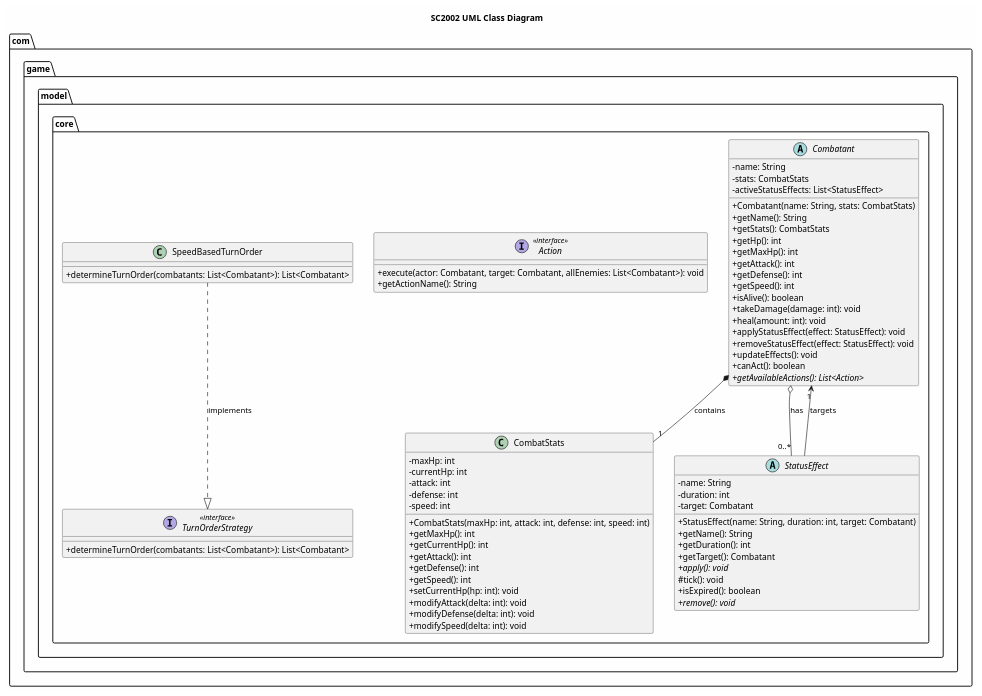
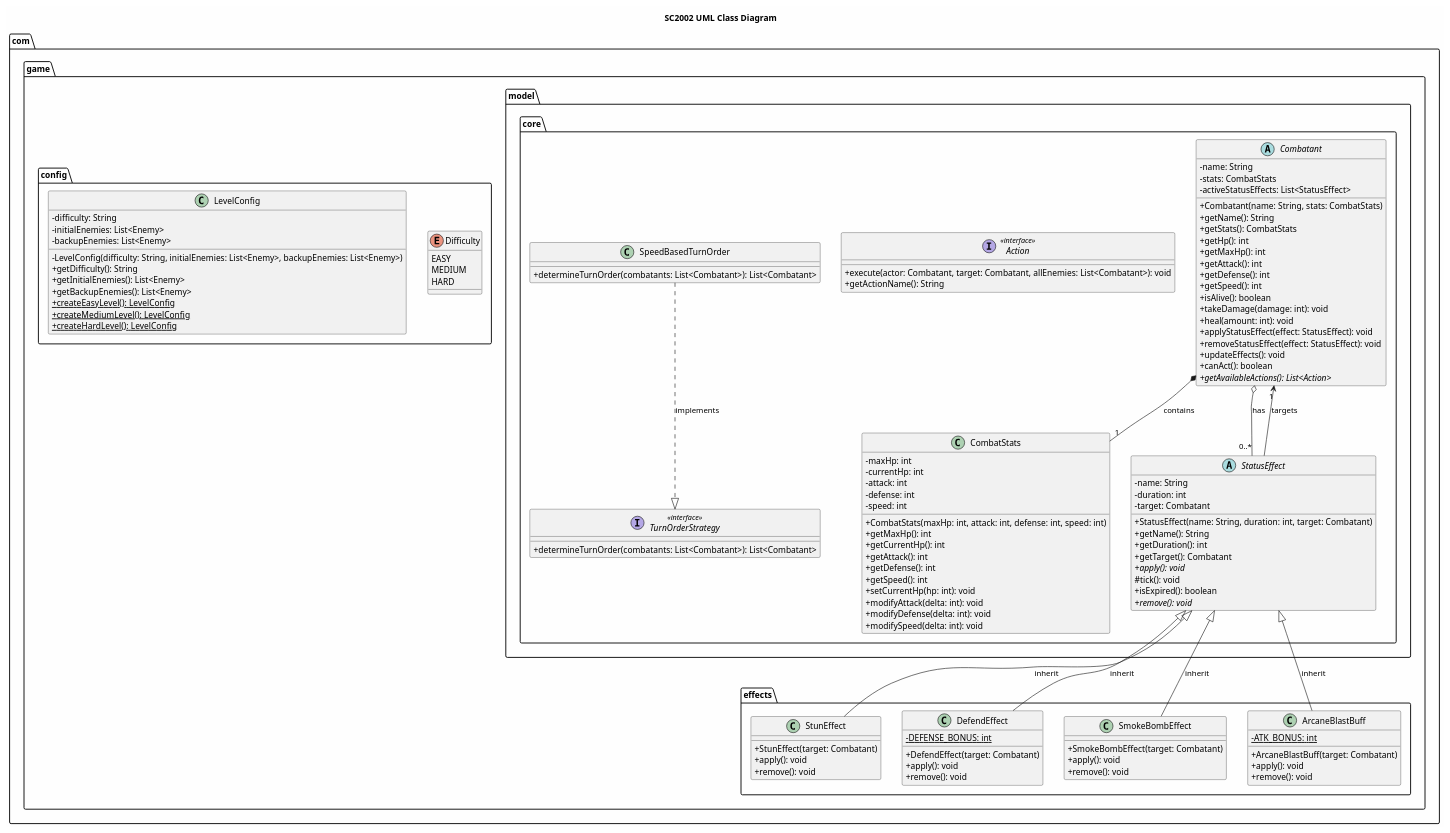
Before and after one commit to vuleanhduc1604/sc2002: the diagram in class_diagram.puml, drawn with PlantUML. The commit also changed 6 other files, not shown here.

Commit message:
Completed Person5 different status effects and levelconfig

```diff
--- a/class_diagram.puml
+++ b/class_diagram.puml
@@ -1,90 +1,145 @@
 @startuml
 title SC2002 UML Class Diagram
 skinparam classAttributeIconSize 0
 skinparam backgroundColor #FEFEFE
 
 package "com.game.model.core" {
     
     ' Value Object / Entity
     class CombatStats {
         - maxHp: int
         - currentHp: int
         - attack: int
         - defense: int
         - speed: int
         __
         + CombatStats(maxHp: int, attack: int, defense: int, speed: int)
         + getMaxHp(): int
         + getCurrentHp(): int
         + getAttack(): int
         + getDefense(): int
         + getSpeed(): int
         + setCurrentHp(hp: int): void
         + modifyAttack(delta: int): void
         + modifyDefense(delta: int): void
         + modifySpeed(delta: int): void
     }
     
     ' Entity (Abstract)
     abstract class Combatant {
         - name: String
         - stats: CombatStats
         - activeStatusEffects: List<StatusEffect>
         __
         + Combatant(name: String, stats: CombatStats)
         + getName(): String
         + getStats(): CombatStats
         + getHp(): int
         + getMaxHp(): int
         + getAttack(): int
         + getDefense(): int
         + getSpeed(): int
         + isAlive(): boolean
         + takeDamage(damage: int): void
         + heal(amount: int): void
         + applyStatusEffect(effect: StatusEffect): void
         + removeStatusEffect(effect: StatusEffect): void
         + updateEffects(): void
         + canAct(): boolean
         + {abstract} getAvailableActions(): List<Action>
     }
     
     ' Entity (Abstract)
     abstract class StatusEffect {
         - name: String
         - duration: int
         - target: Combatant
         __
         + StatusEffect(name: String, duration: int, target: Combatant)
         + getName(): String
         + getDuration(): int
         + getTarget(): Combatant
         + {abstract} apply(): void
         # tick(): void
         + isExpired(): boolean
         + {abstract} remove(): void
     }
     
     ' Interface (Boundary for actions)
     interface Action <<interface>> {
         + execute(actor: Combatant, target: Combatant, allEnemies: List<Combatant>): void
         + getActionName(): String
     }
     
     ' Interface (Control for turn order)
     interface TurnOrderStrategy <<interface>> {
         + determineTurnOrder(combatants: List<Combatant>): List<Combatant>
     }
     
     ' Concrete Control class
     class SpeedBasedTurnOrder {
         + determineTurnOrder(combatants: List<Combatant>): List<Combatant>
     }
     
     ' Relationships
     Combatant *-- "1" CombatStats : contains
     Combatant o-- "0..*" StatusEffect : has
     StatusEffect --> "1" Combatant : targets
     SpeedBasedTurnOrder ..|> TurnOrderStrategy : implements
 }
+package "com.game.effects" {
+    class StunEffect {
+        + StunEffect(target: Combatant)
+        + apply(): void
+        + remove(): void
+    }
+    
+    class DefendEffect {
+        - {static} DEFENSE_BONUS: int
+        + DefendEffect(target: Combatant)
+        + apply(): void
+        + remove(): void
+    }
+    
+    class SmokeBombEffect {
+        + SmokeBombEffect(target: Combatant)
+        + apply(): void
+        + remove(): void
+    }
+    
+    class ArcaneBlastBuff {
+        - {static} ATK_BONUS: int
+        + ArcaneBlastBuff(target: Combatant)
+        + apply(): void
+        + remove(): void
+    }
+    
+    ' Inheritance links
+    StatusEffect <|-- StunEffect : inherit
+    StatusEffect <|-- DefendEffect : inherit
+    StatusEffect <|-- SmokeBombEffect : inherit
+    StatusEffect <|-- ArcaneBlastBuff : inherit
+}
+package "com.game.config" {
+    enum Difficulty {
+        EASY
+        MEDIUM
+        HARD
+    }
+    
+    class LevelConfig {
+        - difficulty: String
+        - initialEnemies: List<Enemy>
+        - backupEnemies: List<Enemy>
+        __
+        - LevelConfig(difficulty: String, initialEnemies: List<Enemy>, backupEnemies: List<Enemy>)
+        + getDifficulty(): String
+        + getInitialEnemies(): List<Enemy>
+        + getBackupEnemies(): List<Enemy>
+        + {static} createEasyLevel(): LevelConfig
+        + {static} createMediumLevel(): LevelConfig
+        + {static} createHardLevel(): LevelConfig
+    }
+}
+
 @enduml
```
